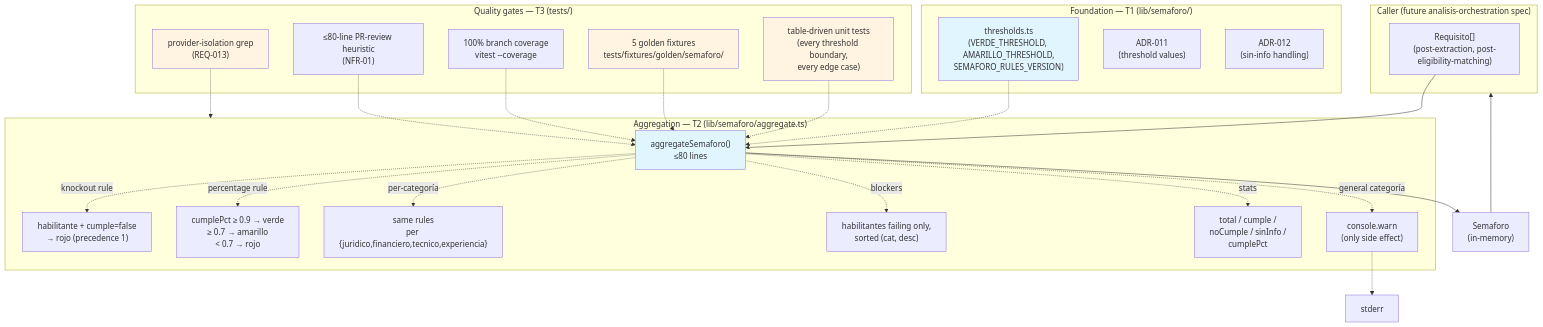
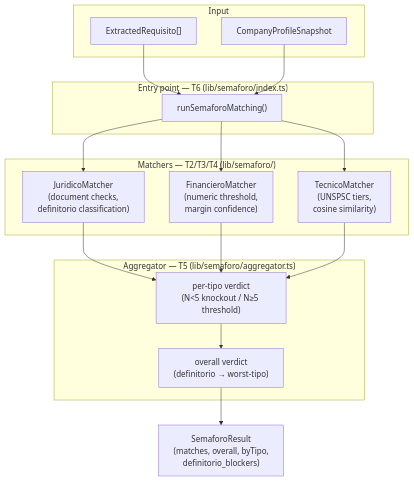
Before and after one commit to agentezai/coltratos: the first of 3 diagrams in docs/semaforo-aggregation/feat/00-overview.md, drawn with Mermaid. The commit also changed other lines of this file and 18 other files, not shown here.

First line of the commit message:
docs(semaforo-aggregation): rev 2 — matching + aggregation pipeline, per-tipo rules, confidence formulas

````diff
--- a/docs/semaforo-aggregation/feat/00-overview.md
+++ b/docs/semaforo-aggregation/feat/00-overview.md
@@ -16,48 +16,33 @@
 ```mermaid
 flowchart TD
-    subgraph Caller["Caller (future analisis-orchestration spec)"]
-        Input["Requisito[]\n(post-extraction, post-eligibility-matching)"]
+    subgraph Input["Input"]
+        Req["ExtractedRequisito[]"]
+        Profile["CompanyProfileSnapshot"]
     end
 
-    subgraph Foundation["Foundation — T1 (lib/semaforo/)"]
-        Thresholds["thresholds.ts\n(VERDE_THRESHOLD, AMARILLO_THRESHOLD,\nSEMAFORO_RULES_VERSION)"]
-        ADR011["ADR-011\n(threshold values)"]
-        ADR012["ADR-012\n(sin-info handling)"]
+    subgraph Matchers["Matchers — T2/T3/T4 (lib/semaforo/)"]
+        JM["JuridicoMatcher\n(document checks,\ndefinitorio classification)"]
+        FM["FinancieroMatcher\n(numeric threshold,\nmargin confidence)"]
+        TM["TecnicoMatcher\n(UNSPSC tiers,\ncosine similarity)"]
     end
 
-    subgraph Aggregate["Aggregation — T2 (lib/semaforo/aggregate.ts)"]
-        Fn["aggregateSemaforo()\n≤80 lines"]
-        Fn -.->|"knockout rule"| Knock["habilitante + cumple=false\n→ rojo (precedence 1)"]
-        Fn -.->|"percentage rule"| Pct["cumplePct ≥ 0.9 → verde\n≥ 0.7 → amarillo\n< 0.7 → rojo"]
-        Fn -.->|"per-categoría"| ByCat["same rules\nper {juridico,financiero,tecnico,experiencia}"]
-        Fn -.->|"blockers"| Block["habilitantes failing only,\nsorted (cat, desc)"]
-        Fn -.->|"stats"| Stats["total / cumple /\nnoCumple / sinInfo /\ncumplePct"]
-        Fn -.->|"general categoría"| Warn["console.warn\n(only side effect)"]
+    subgraph Agg["Aggregator — T5 (lib/semaforo/aggregator.ts)"]
+        PerTipo["per-tipo verdict\n(N<5 knockout / N≥5 threshold)"]
+        Overall["overall verdict\n(definitorio → worst-tipo)"]
     end
 
-    subgraph Quality["Quality gates — T3 (tests/)"]
-        Unit["table-driven unit tests\n(every threshold boundary,\nevery edge case)"]
-        Golden["5 golden fixtures\ntests/fixtures/golden/semaforo/"]
-        Coverage["100% branch coverage\nvitest --coverage"]
-        Grep["provider-isolation grep\n(REQ-013)"]
-        Economy["≤80-line PR-review heuristic\n(NFR-01)"]
+    subgraph Integration["Entry point — T6 (lib/semaforo/index.ts)"]
+        Entry["runSemaforoMatching()"]
     end
 
-    Input --> Fn
-    Thresholds -.-> Fn
-    Fn --> Output["Semaforo\n(in-memory)"]
-    Output --> Caller
-    Warn -.-> Stderr["stderr"]
-
-    Unit -.-> Fn
-    Golden -.-> Fn
-    Coverage -.-> Fn
-    Grep -.-> Aggregate
-    Economy -.-> Fn
-
-    style Fn fill:#e1f5ff
-    style Thresholds fill:#e1f5ff
-    style Golden fill:#fff4e1
-    style Unit fill:#fff4e1
-    style Grep fill:#fff4e1
+    Req --> Entry
+    Profile --> Entry
+    Entry --> JM
+    Entry --> FM
+    Entry --> TM
+    JM --> PerTipo
+    FM --> PerTipo
+    TM --> PerTipo
+    PerTipo --> Overall
+    Overall --> Result["SemaforoResult\n(matches, overall, byTipo,\ndefinitorio_blockers)"]
 ```
````
